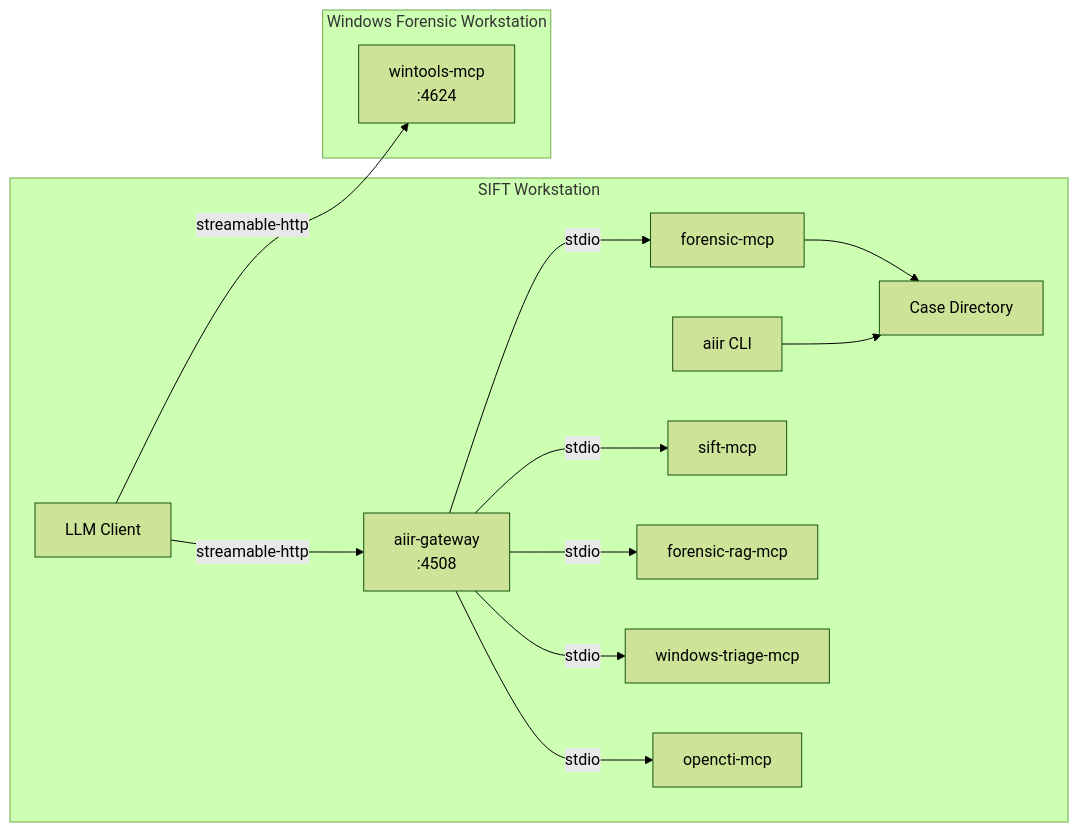
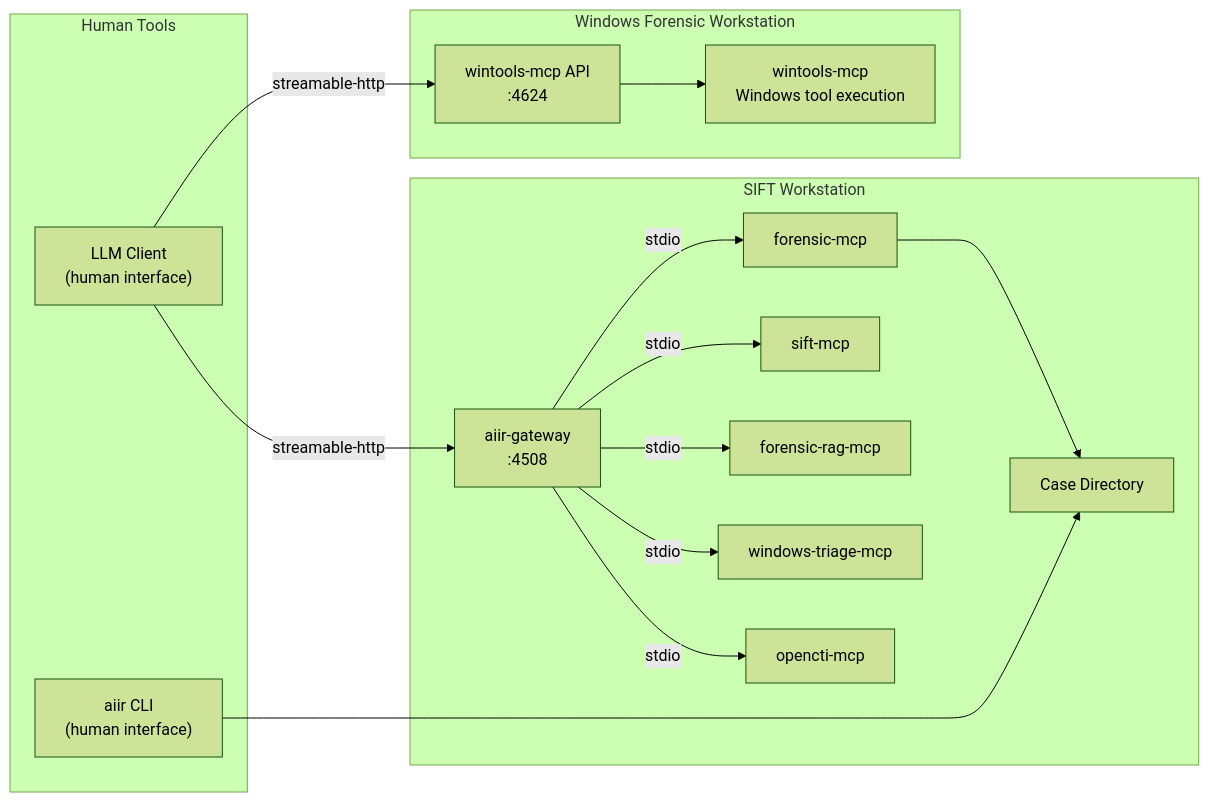
One commit to AppliedIR/aiir changed the third of 5 diagrams in README.md. Above: the diagram before and after it, drawn with Mermaid (forest theme). The commit also changed other lines of this file, not shown here.

Commit message:
add (human interface) labels, consistent diagram patterns across all topologies

````diff
--- a/README.md
+++ b/README.md
@@ -95,29 +99,35 @@
 ```mermaid
 graph LR
+    subgraph human ["Human Tools"]
+        CC["LLM Client<br/>(human interface)"]
+        CLI["aiir CLI<br/>(human interface)"]
+    end
+
     subgraph sift ["SIFT Workstation"]
-        CC["LLM Client"]
-        CLI["aiir CLI"]
         GW["aiir-gateway<br/>:4508"]
         FM[forensic-mcp]
         SM[sift-mcp]
         FR[forensic-rag-mcp]
         WTR[windows-triage-mcp]
         OC[opencti-mcp]
         CASE[Case Directory]
 
-        CC -->|"streamable-http"| GW
         GW -->|stdio| FM
         GW -->|stdio| SM
         GW -->|stdio| FR
         GW -->|stdio| WTR
         GW -->|stdio| OC
         FM --> CASE
-        CLI --> CASE
     end
 
     subgraph winbox ["Windows Forensic Workstation"]
-        WT["wintools-mcp<br/>:4624"]
+        WAPI["wintools-mcp API<br/>:4624"]
+        WM["wintools-mcp<br/>Windows tool execution"]
+
+        WAPI --> WM
     end
 
-    CC -->|"streamable-http"| WT
+    CC -->|"streamable-http"| GW
+    CC -->|"streamable-http"| WAPI
+    CLI --> CASE
 ```
````
